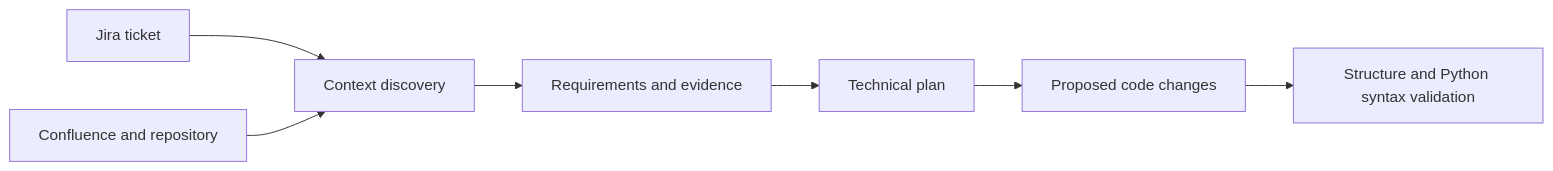
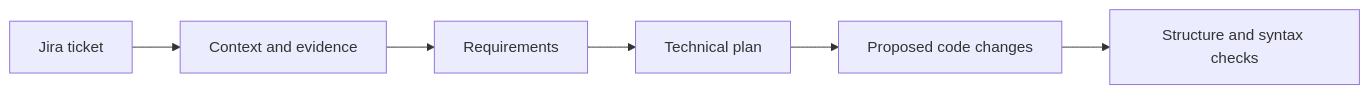
Before and after one commit to avieladika/interlock: the diagram in README.md, drawn with Mermaid. The commit also changed other lines of this file, not shown here.

Commit message:
Present project overview, challenge, solution, and technical flow

````diff
--- a/README.md
+++ b/README.md
@@ -16,9 +36,8 @@
 ```mermaid
 flowchart LR
-    T[Jira ticket] --> C[Context discovery]
-    D[Confluence and repository] --> C
-    C --> R[Requirements and evidence]
+    T[Jira ticket] --> C[Context and evidence]
+    C --> R[Requirements]
     R --> P[Technical plan]
     P --> G[Proposed code changes]
-    G --> V[Structure and Python syntax validation]
+    G --> V[Structure and syntax checks]
 ```
````
